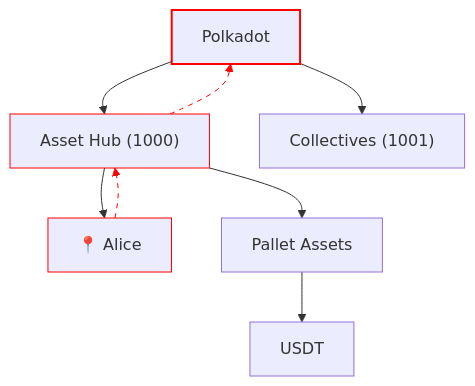
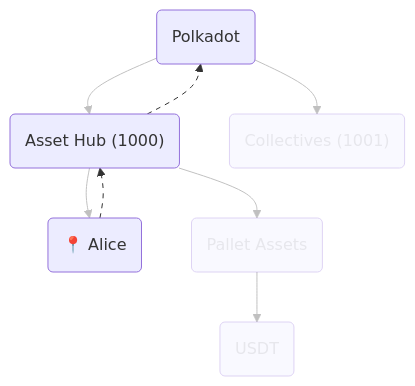
One commit to Polkadot-Blockchain-Academy/pba-content changed diagram 15 of 20 in syllabus/7-XCM/1-Core_Concepts_of_XCM/Core_Concepts_of_XCM_slides.md. Above: the diagram before and after it, drawn with Mermaid. The commit also changed other lines of this file and 1 other file, not shown here.

Commit message:
Change mermaidjs theme

````diff
--- a/syllabus/7-XCM/1-Core_Concepts_of_XCM/Core_Concepts_of_XCM_slides.md
+++ b/syllabus/7-XCM/1-Core_Concepts_of_XCM/Core_Concepts_of_XCM_slides.md
@@ -627,15 +664,18 @@
 ```mermaid
 graph TD
-    Polkadot-->AssetHub["Asset Hub (1000)"]
-    Polkadot-->Collectives["Collectives (1001)"]
-    AssetHub-->Alice["📍 Alice"]
-    AssetHub-->AssetsPallet[Pallet Assets]
-    AssetsPallet-->Asset[USDT]
+    Polkadot(Polkadot)-->AssetHub("Asset Hub (1000)")
+    Polkadot-->Collectives("Collectives (1001)"):::disabled
+    AssetHub-->Alice("📍 Alice")
+    AssetHub-->AssetsPallet(Pallet Assets):::disabled
+    AssetsPallet-->Asset(USDT):::disabled
     Alice-->AssetHub
     AssetHub-->Polkadot
-    style Alice stroke:red
-    style AssetHub stroke:red
-    style Polkadot stroke:red,stroke-width:2
-    linkStyle 5 stroke:red,stroke-dasharray:5
-    linkStyle 6 stroke:red,stroke-dasharray:5
+    linkStyle 0 opacity:0.3
+    linkStyle 1 opacity:0.3
+    linkStyle 2 opacity:0.3
+    linkStyle 3 opacity:0.3
+    linkStyle 4 opacity:0.3
+    linkStyle 5 stroke-dasharray:5
+    linkStyle 6 stroke-dasharray:5
+    classDef disabled opacity:0.3
 ```
````
